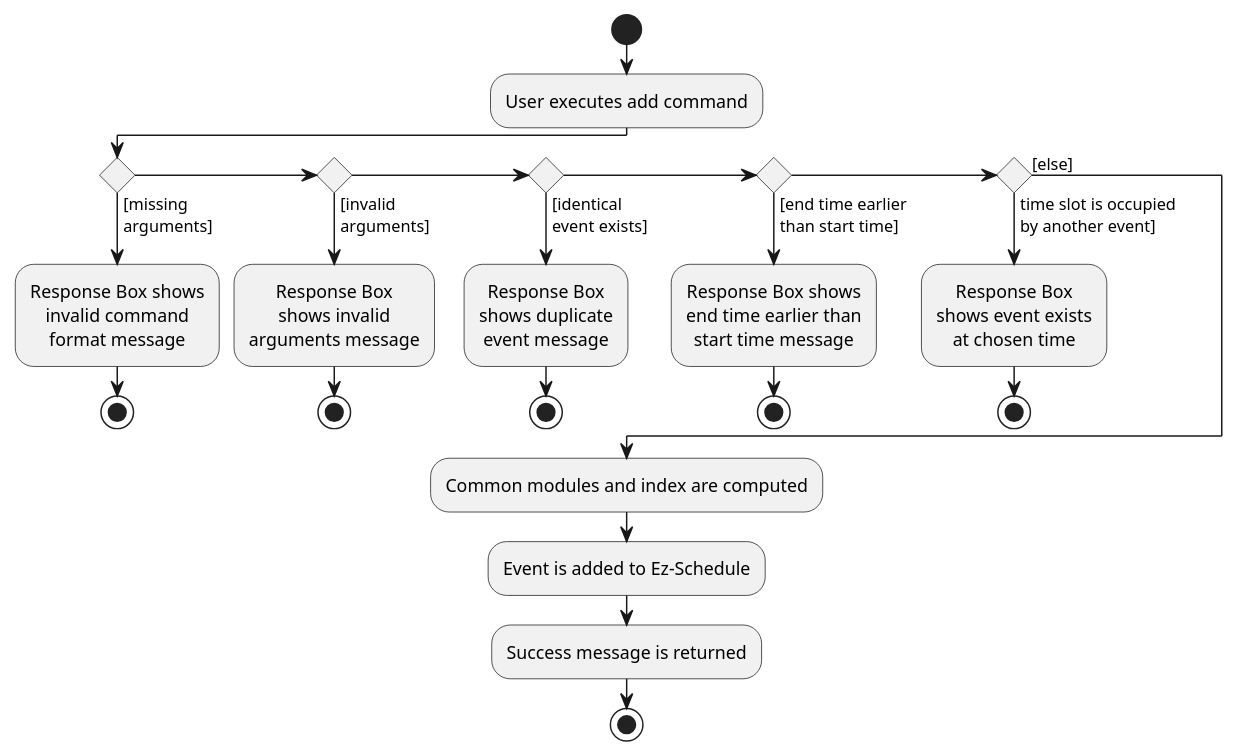
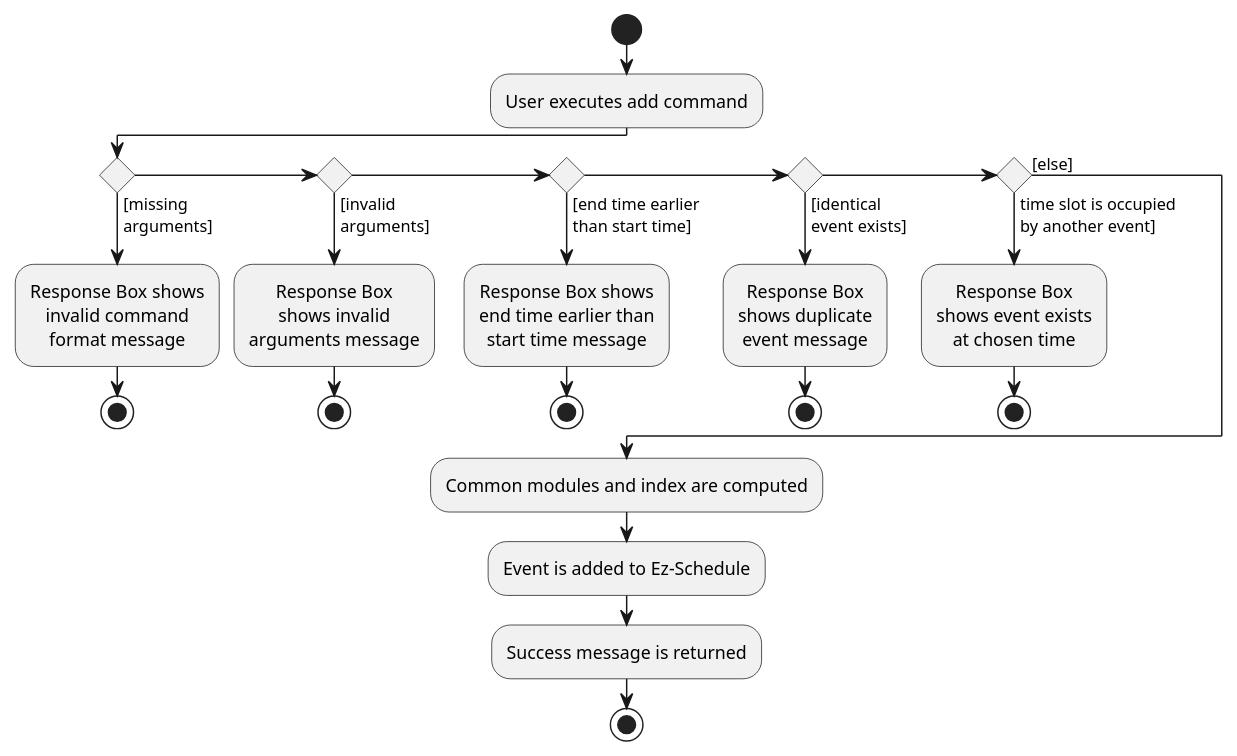
One commit to nus-cs2103-AY2223S2/tp changed the diagram in docs/diagrams/AddCommandActivityDiagram.puml. Above: the diagram before and after it, drawn with PlantUML. The commit also changed other lines of this file and 1 other file, not shown here.

```diff
--- a/docs/diagrams/AddCommandActivityDiagram.puml
+++ b/docs/diagrams/AddCommandActivityDiagram.puml
@@ -1,45 +1,45 @@
 @startuml
 skinparam defaultTextAlignment center
 start
 :User executes add command;
 
 'Since the beta syntax does not support placing the condition outside the
 'diamond we place it as the true branch instead.
 
 if () then ([missing
 arguments])
     :Response Box shows
     invalid command
     format message;
 stop
 else if () then ([invalid
 arguments])
     :Response Box
     shows invalid
     arguments message;
 stop
+else if () then ([end time earlier
+than start time])
+    :Response Box shows
+    end time earlier than
+    start time message;
+stop
 else if () then ([identical
 event exists])
     :Response Box
     shows duplicate
     event message;
-stop
-else if () then ([end time earlier
-than start time])
-    :Response Box shows
-    end time earlier than
-    start time message;
 stop
 else if () then (time slot is occupied
 by another event])
     :Response Box
     shows event exists
     at chosen time;
 stop
 else ([else])
 endif
     :Common modules and index are computed;
     :Event is added to Ez-Schedule;
     :Success message is returned;
 stop
 @enduml
```
